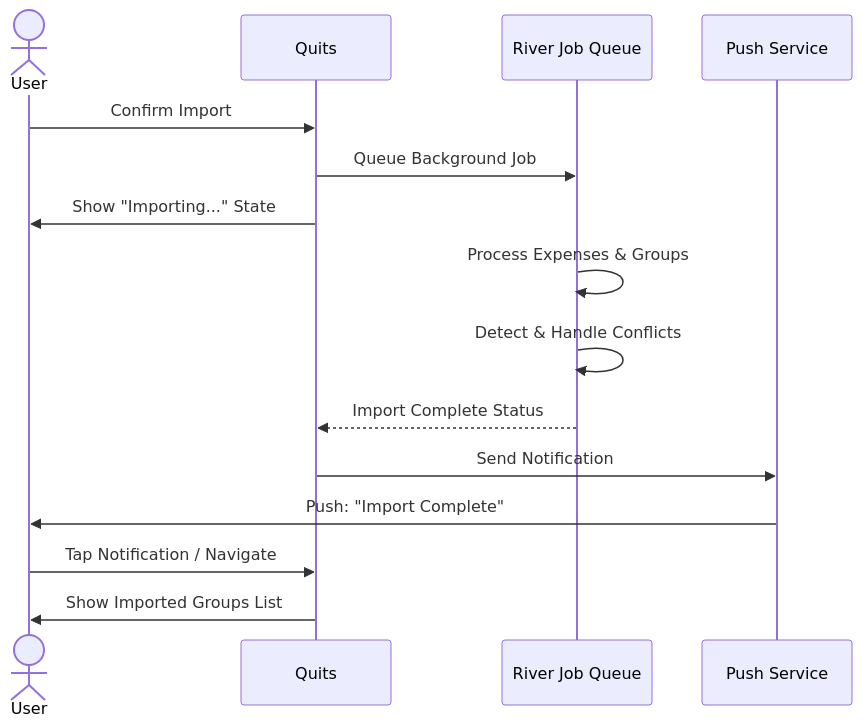
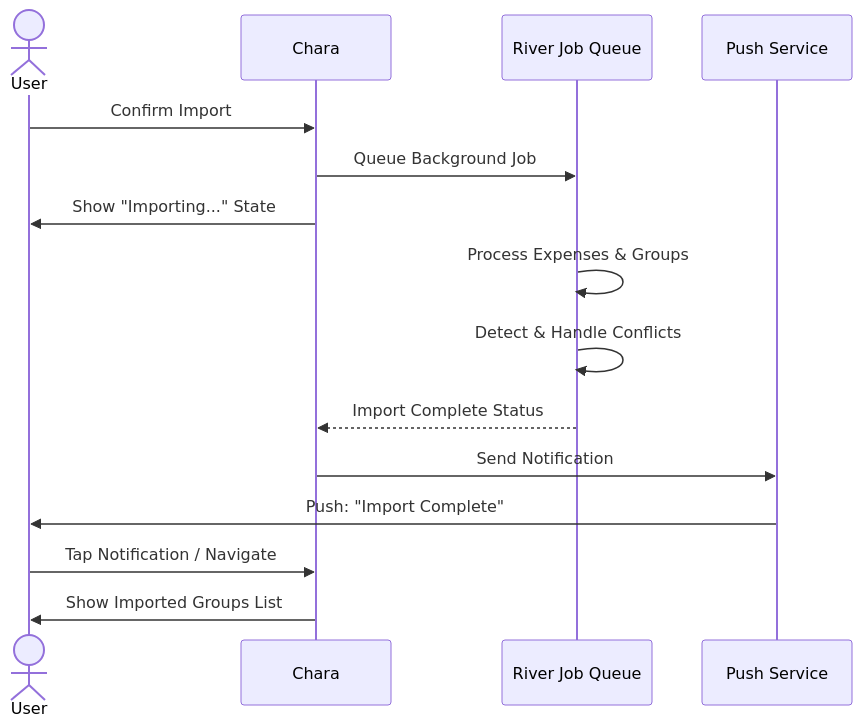
Before and after one commit to DowLucas/chara: the fifth of 5 diagrams in docs/ux/12-import-flows.md, drawn with Mermaid. The commit also changed other lines of this file and 207 other files, not shown here.

````diff
--- a/docs/ux/12-import-flows.md
+++ b/docs/ux/12-import-flows.md
@@ -128,18 +128,18 @@
 ```mermaid
 sequenceDiagram
     actor User
-    participant Quits
+    participant Chara
     participant River as River Job Queue
     participant PushSvc as Push Service
 
-    User ->> Quits: Confirm Import
-    Quits ->> River: Queue Background Job
-    Quits ->> User: Show "Importing..." State
+    User ->> Chara: Confirm Import
+    Chara ->> River: Queue Background Job
+    Chara ->> User: Show "Importing..." State
     River ->> River: Process Expenses & Groups
     River ->> River: Detect & Handle Conflicts
-    River -->> Quits: Import Complete Status
-    Quits ->> PushSvc: Send Notification
+    River -->> Chara: Import Complete Status
+    Chara ->> PushSvc: Send Notification
     PushSvc ->> User: Push: "Import Complete"
-    User ->> Quits: Tap Notification / Navigate
-    Quits ->> User: Show Imported Groups List
+    User ->> Chara: Tap Notification / Navigate
+    Chara ->> User: Show Imported Groups List
 ```
````
